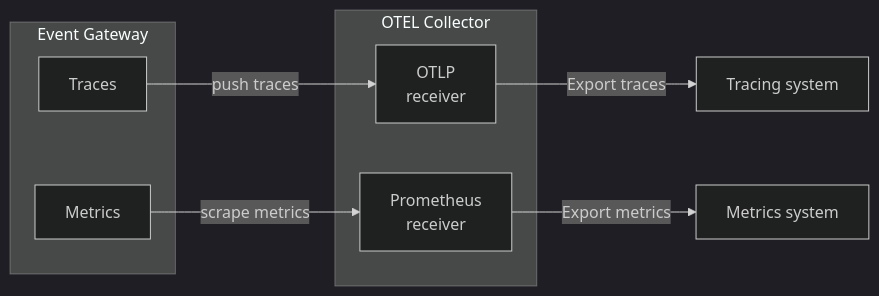
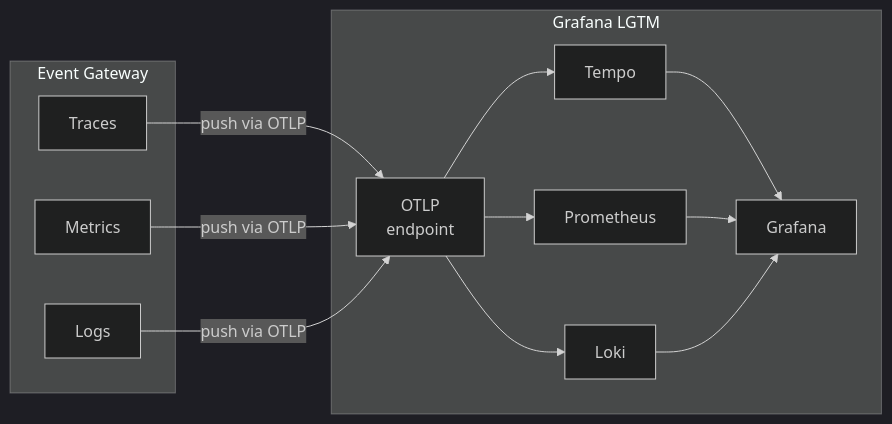
One commit to Kong/developer.konghq.com changed the diagram in app/_how-tos/event-gateway/configure-observability-with-otel.md. Above: the diagram before and after it, drawn with Mermaid (dark theme). The commit also changed other lines of this file, not shown here.

```diff
--- a/app/_how-tos/event-gateway/configure-observability-with-otel.md
+++ b/app/_how-tos/event-gateway/configure-observability-with-otel.md
@@ -64,28 +62,39 @@
 {% mermaid %}
 flowchart LR
 
     A[Traces]
     B[Metrics]
-    C[OTLP
-    receiver]
-    D[Prometheus
-    receiver]
-    E[Tracing system]
-    F[Metrics system]
+    C[Logs]
 
     subgraph id1 [Event Gateway]
     A
     B
+    C
     end
 
-    A --push traces --> C
-    B --scrape metrics--> D
+    D[OTLP
+    endpoint]
+    E[Tempo]
+    F[Prometheus]
+    G[Loki]
+    H[Grafana]
 
-    subgraph id2 [OTEL Collector]
-    C
+    A --push via OTLP--> D
+    B --push via OTLP--> D
+    C --push via OTLP--> D
+
+    subgraph id2 [Grafana LGTM]
     D
+    E
+    F
+    G
+    H
     end
 
-    C -- Export traces --> E
-    D -- Export metrics --> F
+    D --> E
+    D --> F
+    D --> G
+    E --> H
+    F --> H
+    G --> H
 {% endmermaid %}
```
